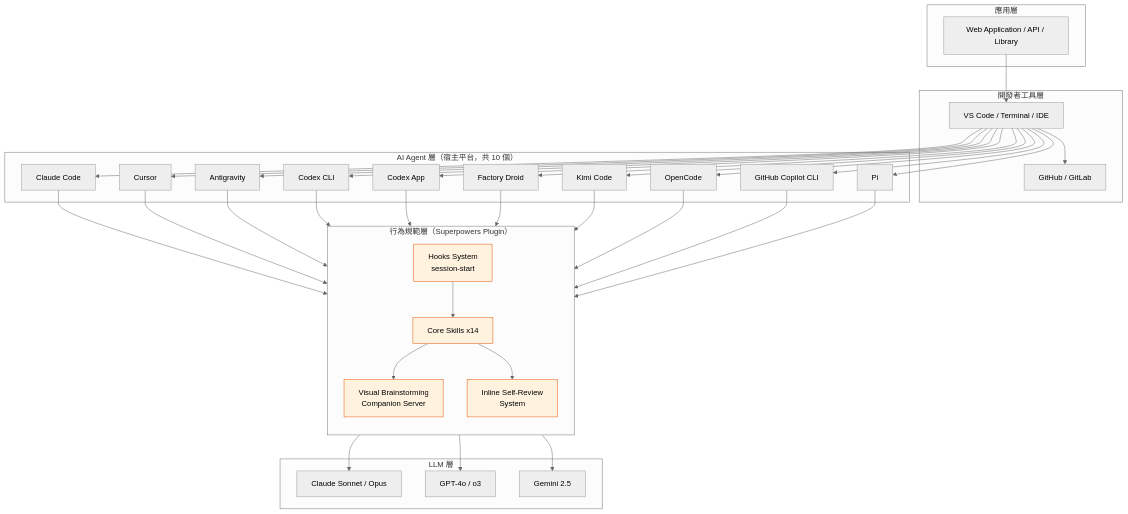
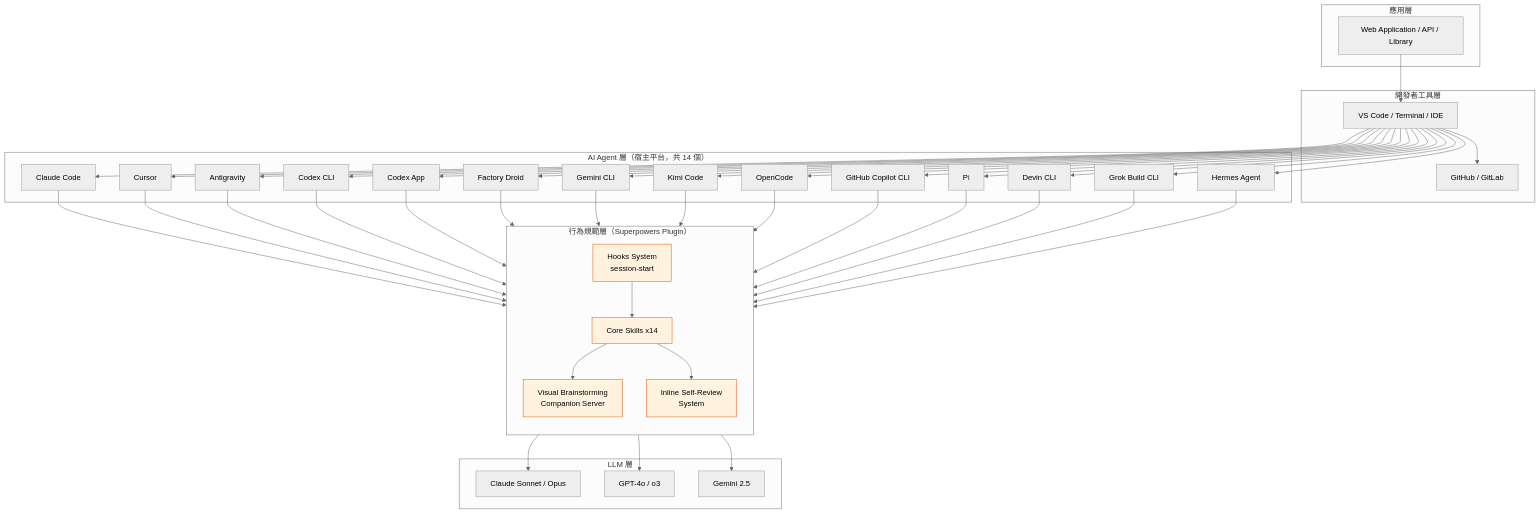
One commit to chihhung/Blog changed the fourth of 45 diagrams in content/posts/教學/AI開發/Superpowers教學手冊.md. Above: the diagram before and after it, drawn with Mermaid (neutral theme). The commit also changed other lines of this file, not shown here.

````diff
--- a/content/posts/教學/AI開發/Superpowers教學手冊.md
+++ b/content/posts/教學/AI開發/Superpowers教學手冊.md
@@ -346,51 +368,55 @@
 ```mermaid
 graph TB
     subgraph "應用層"
         APP[Web Application / API / Library]
     end
     
     subgraph "開發者工具層"
         IDE[VS Code / Terminal / IDE]
         GIT[GitHub / GitLab]
     end
     
-    subgraph "AI Agent 層（宿主平台，共 10 個）"
+    subgraph "AI Agent 層（宿主平台，共 14 個）"
         CC[Claude Code]
         CU[Cursor]
         AGY[Antigravity]
         CDX[Codex CLI]
         CDXA[Codex App]
         FD[Factory Droid]
+        GEM[Gemini CLI]
         KIMI[Kimi Code]
         OC[OpenCode]
         GCLI[GitHub Copilot CLI]
         PI[Pi]
+        DEVIN[Devin CLI]
+        GROK[Grok Build CLI]
+        HERMES[Hermes Agent]
     end
     
     subgraph "行為規範層（Superpowers Plugin）"
         direction TB
         SP_HOOK[Hooks System<br/>session-start]
         SP_CORE[Core Skills x14]
         SP_VIS[Visual Brainstorming<br/>Companion Server]
         SP_DOC[Inline Self-Review<br/>System]
     end
     
     subgraph "LLM 層"
         CLAUDE[Claude Sonnet / Opus]
         GPT[GPT-4o / o3]
-        GEM[Gemini 2.5]
+        GEM2[Gemini 2.5]
     end
     
     APP --> IDE
-    IDE --> CC & CU & AGY & CDX & CDXA & FD & KIMI & OC & GCLI & PI
-    CC & CU & AGY & CDX & CDXA & FD & KIMI & OC & GCLI & PI --> SP_HOOK
+    IDE --> CC & CU & AGY & CDX & CDXA & FD & GEM & KIMI & OC & GCLI & PI & DEVIN & GROK & HERMES
+    CC & CU & AGY & CDX & CDXA & FD & GEM & KIMI & OC & GCLI & PI & DEVIN & GROK & HERMES --> SP_HOOK
     SP_HOOK --> SP_CORE
     SP_CORE --> SP_VIS & SP_DOC
-    SP_CORE --> CLAUDE & GPT & GEM
+    SP_CORE --> CLAUDE & GPT & GEM2
     IDE --> GIT
     
     style SP_HOOK fill:#fff3e0,stroke:#e65100,color:#000
     style SP_CORE fill:#fff3e0,stroke:#e65100,color:#000
     style SP_VIS fill:#fff3e0,stroke:#e65100,color:#000
     style SP_DOC fill:#fff3e0,stroke:#e65100,color:#000
 ```
````
